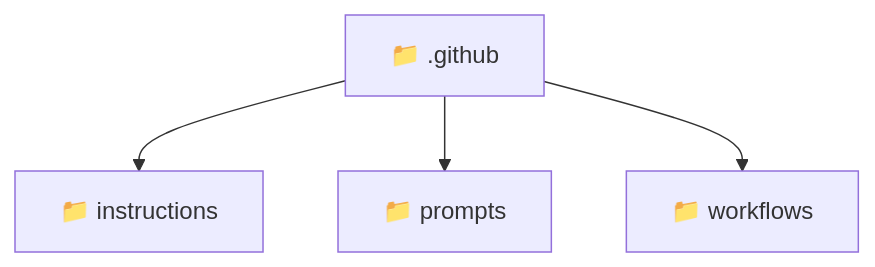
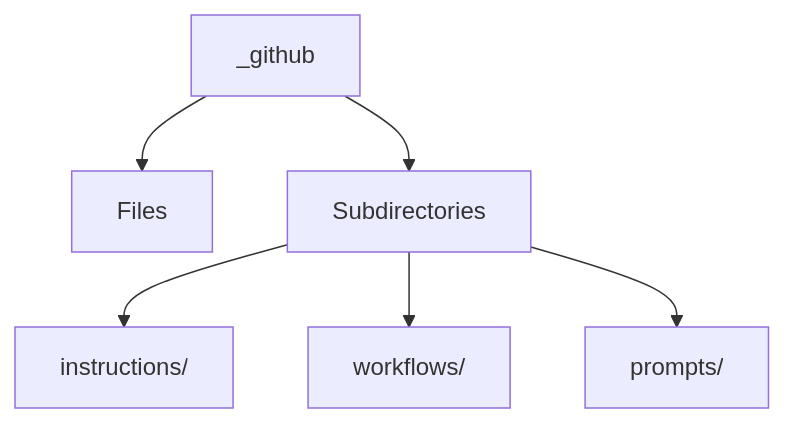
Before and after one commit to beginwebdev2002/fullstack-mavluda: the diagram in .github/README.md, drawn with Mermaid. The commit also changed other lines of this file and 167 other files, not shown here.

````diff
--- a/.github/README.md
+++ b/.github/README.md
@@ -9,7 +12,8 @@
 ```mermaid
 graph TD
-  Root["📁 .github"]
-  Root --> instructions["📁 instructions"]
-  Root --> prompts["📁 prompts"]
-  Root --> workflows["📁 workflows"]
+  _github --> Files
+  _github --> Subdirectories
+  Subdirectories --> instructions[instructions/]
+  Subdirectories --> workflows[workflows/]
+  Subdirectories --> prompts[prompts/]
 ```
````
